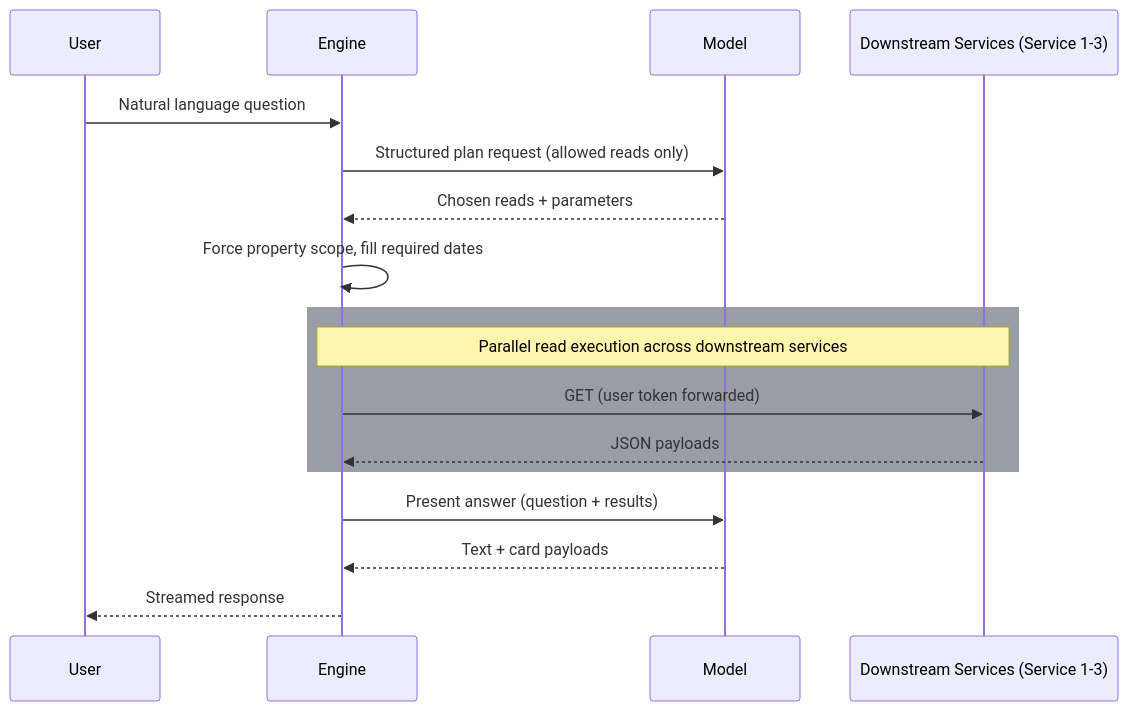
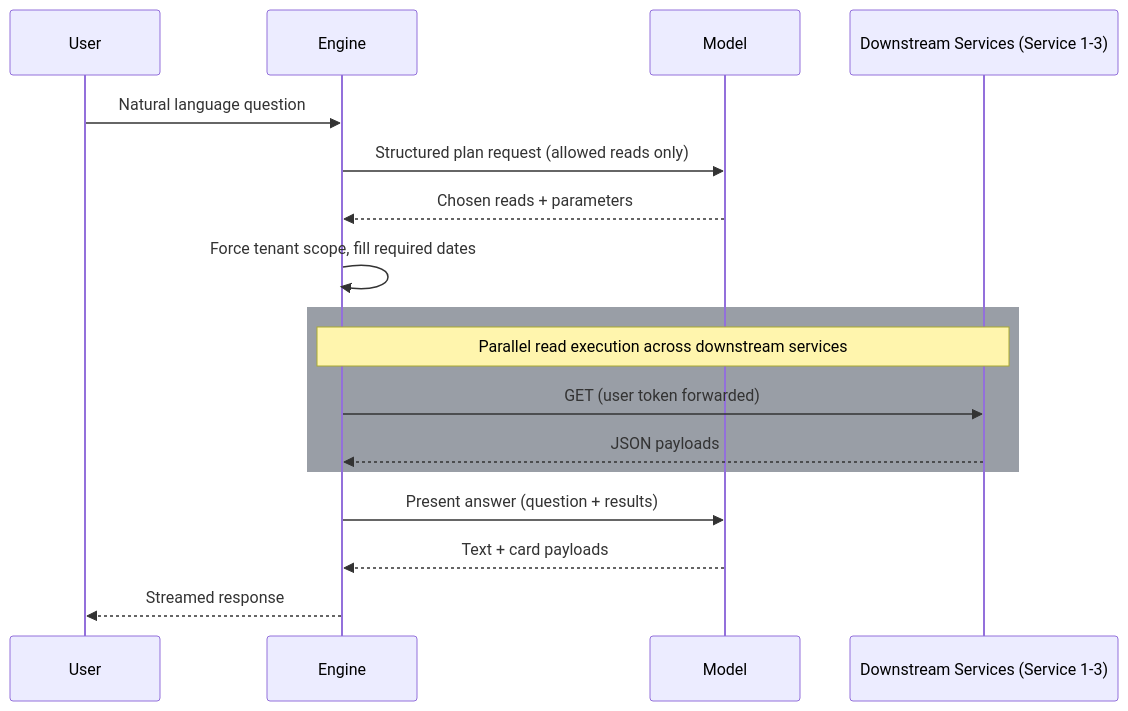
The third of 6 diagrams in content/blog/hotel-pms-ai-orchestrator.mdx (sahsisunny/Personal-Portfolio), drawn with Mermaid before and after one commit. The commit also changed other lines of this file and 7 other files, not shown here.

````diff
--- a/content/blog/hotel-pms-ai-orchestrator.mdx
+++ b/content/blog/hotel-pms-ai-orchestrator.mdx
@@ -105,20 +108,20 @@
 ```mermaid
 sequenceDiagram
   participant User
   participant Engine
   participant Model
   participant Services as Downstream Services (Service 1-3)
 
   User->>Engine: Natural language question
   Engine->>Model: Structured plan request (allowed reads only)
   Model-->>Engine: Chosen reads + parameters
-  Engine->>Engine: Force property scope, fill required dates
+  Engine->>Engine: Force tenant scope, fill required dates
   rect rgba(30, 41, 59, 0.45)
     note over Engine,Services: Parallel read execution across downstream services
     Engine->>Services: GET (user token forwarded)
     Services-->>Engine: JSON payloads
   end
   Engine->>Model: Present answer (question + results)
   Model-->>Engine: Text + card payloads
   Engine-->>User: Streamed response
 ```
````
